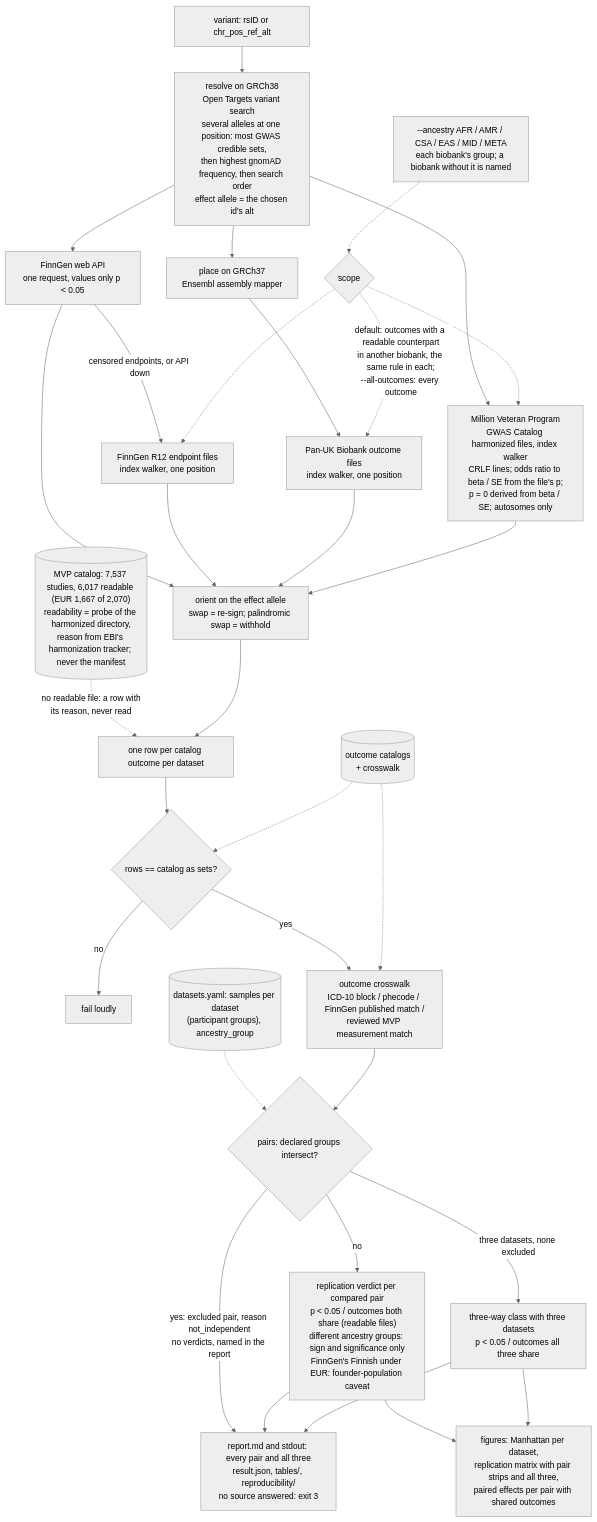
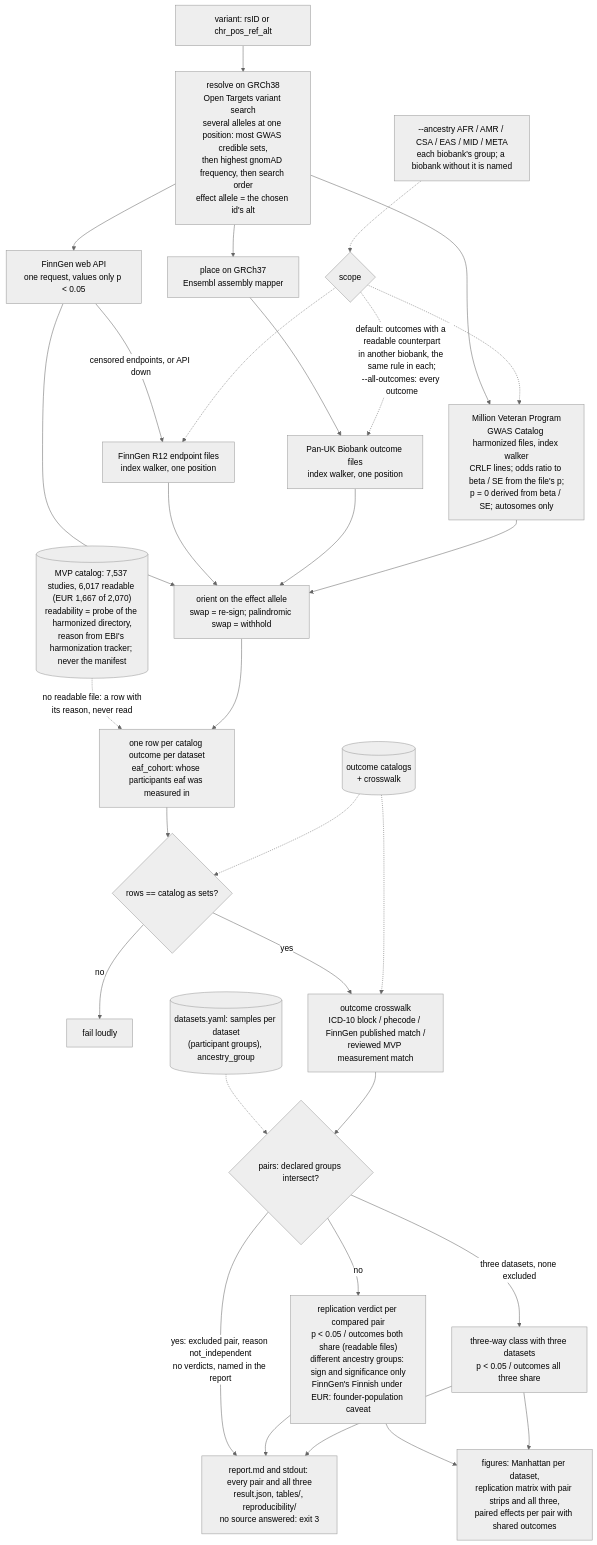
Before and after one commit to madaraviv/ClawBio: the diagram in skills/snp-phewas/diagram.mmd, drawn with Mermaid (neutral theme). The commit also changed 3 other files, not shown here.

First line of the commit message:
snp-phewas: the rows TSV says whose participants each effect-allele frequency was measured in

```diff
--- a/skills/snp-phewas/diagram.mmd
+++ b/skills/snp-phewas/diagram.mmd
@@ -1,31 +1,31 @@
 flowchart TD
     Q["variant: rsID or chr_pos_ref_alt"] --> R["resolve on GRCh38<br/>Open Targets variant search<br/>several alleles at one position: most GWAS credible sets,<br/>then highest gnomAD frequency, then search order<br/>effect allele = the chosen id's alt"]
     R --> M["place on GRCh37<br/>Ensembl assembly mapper"]
     R --> FG_API["FinnGen web API<br/>one request, values only p &lt; 0.05"]
     FG_API -->|censored endpoints, or API down| FG_TBX["FinnGen R12 endpoint files<br/>index walker, one position"]
     M --> PAN["Pan-UK Biobank outcome files<br/>index walker, one position"]
     R --> MVP["Million Veteran Program<br/>GWAS Catalog harmonized files, index walker<br/>CRLF lines; odds ratio to beta / SE from the file's p;<br/>p = 0 derived from beta / SE; autosomes only"]
     MVPCAT[("MVP catalog: 7,537 studies, 6,017 readable (EUR 1,667 of 2,070)<br/>readability = probe of the harmonized directory,<br/>reason from EBI's harmonization tracker; never the manifest")] -.->|no readable file: a row with<br/>its reason, never read| ROWS
     ANC["--ancestry AFR / AMR / CSA / EAS / MID / META<br/>each biobank's group; a biobank without it is named"] -.-> SCOPE
     SCOPE{"scope"} -.->|default: outcomes with a readable counterpart<br/>in another biobank, the same rule in each;<br/>--all-outcomes: every outcome| PAN
     SCOPE -.-> FG_TBX
     SCOPE -.-> MVP
     FG_API --> O
     FG_TBX --> O
     PAN --> O["orient on the effect allele<br/>swap = re-sign; palindromic swap = withhold"]
     MVP --> O
-    O --> ROWS["one row per catalog outcome per dataset"]
+    O --> ROWS["one row per catalog outcome per dataset<br/>eaf_cohort: whose participants eaf was measured in"]
     ROWS --> P{"rows == catalog as sets?"}
     P -->|no| X["fail loudly"]
     P -->|yes| H["outcome crosswalk<br/>ICD-10 block / phecode / FinnGen published match /<br/>reviewed MVP measurement match"]
     SAMP[("datasets.yaml: samples per dataset<br/>(participant groups), ancestry_group")] -.-> PAIRS
     H --> PAIRS{"pairs: declared groups intersect?"}
     PAIRS -->|yes: excluded pair, reason not_independent<br/>no verdicts, named in the report| OUT
     PAIRS -->|no| V["replication verdict per compared pair<br/>p &lt; 0.05 / outcomes both share (readable files)<br/>different ancestry groups: sign and significance only<br/>FinnGen's Finnish under EUR: founder-population caveat"]
     PAIRS -->|three datasets, none excluded| V3["three-way class with three datasets<br/>p &lt; 0.05 / outcomes all three share"]
     V --> OUT["report.md and stdout: every pair and all three<br/>result.json, tables/, reproducibility/<br/>no source answered: exit 3"]
     V3 --> OUT
     V --> FIG["figures: Manhattan per dataset,<br/>replication matrix with pair strips and all three,<br/>paired effects per pair with shared outcomes"]
     V3 --> FIG
     CAT[("outcome catalogs<br/>+ crosswalk")] -.-> P
     CAT -.-> H
```
